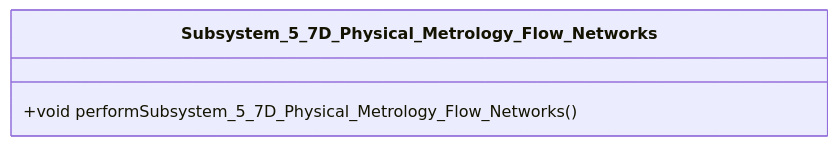
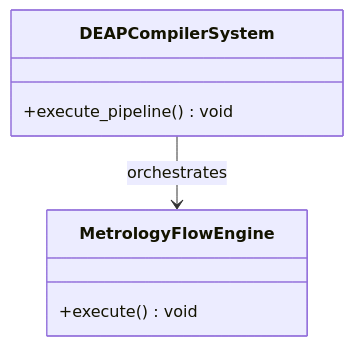
The first of 2 diagrams in docs/epics/EPIC-07-Subsystem_5_7D_Physical_Metrology_Flow_Networks.md (gintatkinson/dumpiler-01), drawn with Mermaid before and after one commit. The commit also changed other lines of this file and 90 other files, not shown here.

````diff
--- a/docs/epics/EPIC-07-Subsystem_5_7D_Physical_Metrology_Flow_Networks.md
+++ b/docs/epics/EPIC-07-Subsystem_5_7D_Physical_Metrology_Flow_Networks.md
@@ -30,6 +53,10 @@
 ```mermaid
 classDiagram
-    class Subsystem_5_7D_Physical_Metrology_Flow_Networks {
-        +void performSubsystem_5_7D_Physical_Metrology_Flow_Networks()
+    class DEAPCompilerSystem {
+        +execute_pipeline() void
     }
+    class MetrologyFlowEngine {
+        +execute() void
+    }
+    DEAPCompilerSystem --> MetrologyFlowEngine : orchestrates
 ```
````
